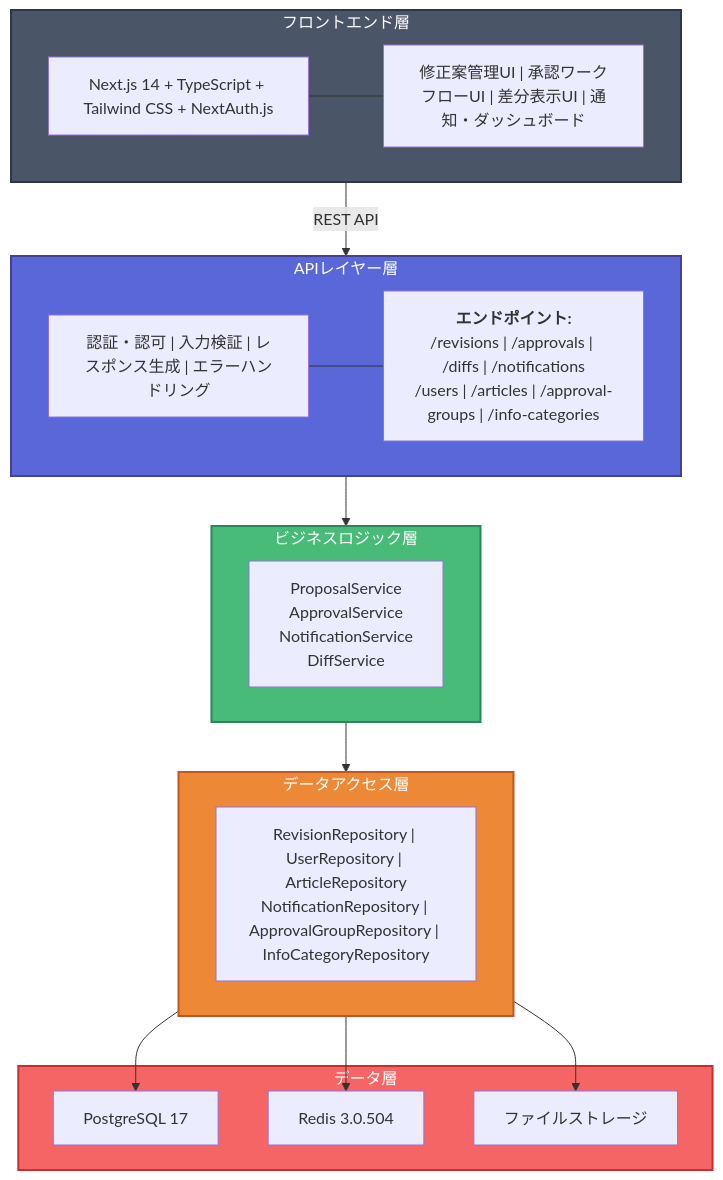
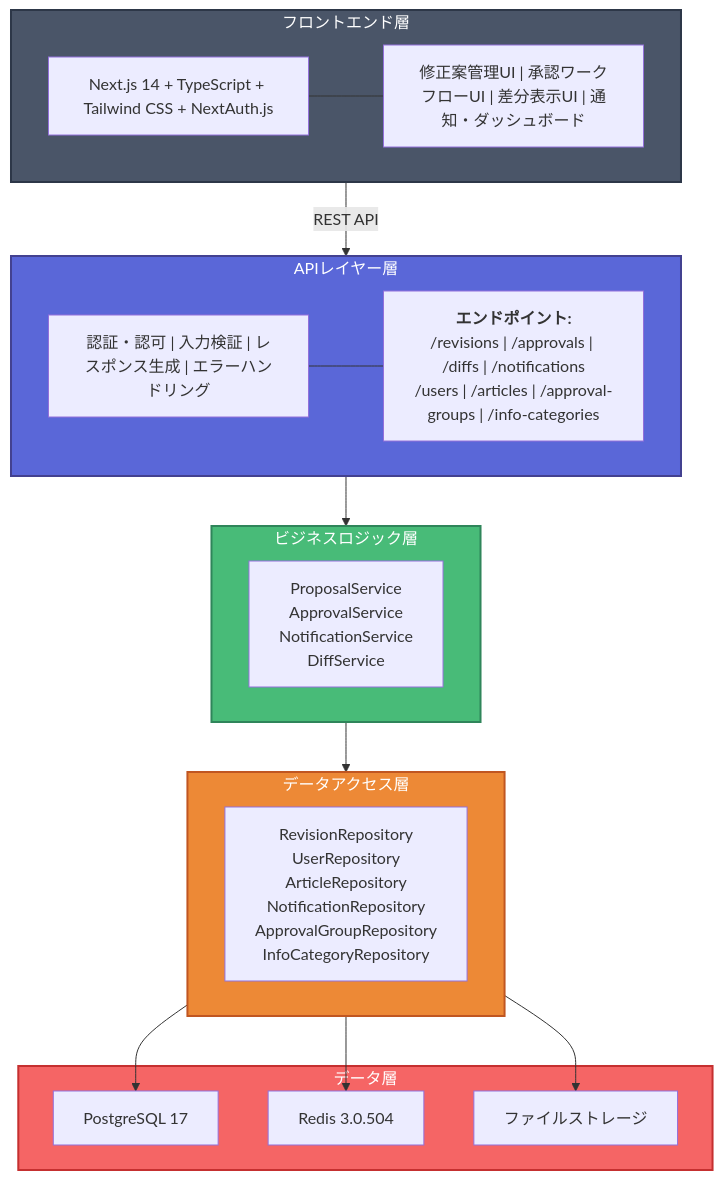
Before and after one commit to ekrsw/knowledge_app: the first of 2 diagrams in .tmp/design.md, drawn with Mermaid.

Commit message:
データアクセス層のリポジトリ表示を修正
- Repositoriesノードの文字が見切れる問題を解決
- 各リポジトリ名を縦に配置して視認性を向上

🤖 Generated with [Claude Code](https://claude.ai/code)

````diff
--- a/.tmp/design.md
+++ b/.tmp/design.md
@@ -7,54 +7,54 @@
 ```mermaid
 graph TB
     %% フロントエンド層
     subgraph Frontend["フロントエンド層"]
         UI_Framework["Next.js 14 + TypeScript + Tailwind CSS + NextAuth.js"]
         UI_Components["修正案管理UI | 承認ワークフローUI | 差分表示UI | 通知・ダッシュボード"]
         UI_Framework --- UI_Components
     end
 
     %% APIレイヤー層
     subgraph API["APIレイヤー層"]
         Auth["認証・認可 | 入力検証 | レスポンス生成 | エラーハンドリング"]
         Endpoints["<b>エンドポイント:</b><br/>/revisions | /approvals | /diffs | /notifications<br/>/users | /articles | /approval-groups | /info-categories"]
         Auth --- Endpoints
     end
 
     %% ビジネスロジック層
     subgraph Business["ビジネスロジック層"]
         Services["ProposalService<br/>ApprovalService<br/>NotificationService<br/>DiffService"]
     end
 
     %% データアクセス層
     subgraph DataAccess["データアクセス層"]
-        Repositories["RevisionRepository | UserRepository | ArticleRepository<br/>NotificationRepository | ApprovalGroupRepository | InfoCategoryRepository"]
+        Repositories["RevisionRepository<br/>UserRepository<br/>ArticleRepository<br/>NotificationRepository<br/>ApprovalGroupRepository<br/>InfoCategoryRepository"]
     end
 
     %% データ層
     subgraph Data["データ層"]
         PostgreSQL["PostgreSQL 17"]
         Redis["Redis 3.0.504"]
         FileStorage["ファイルストレージ"]
     end
 
     %% 接続
     Frontend -->|REST API| API
     API --> Business
     Business --> DataAccess
     DataAccess --> PostgreSQL
     DataAccess --> Redis
     DataAccess --> FileStorage
 
     %% スタイリング（濃いグレー背景に白文字）
     classDef frontendStyle fill:#4a5568,stroke:#2d3748,stroke-width:2px,color:#fff
     classDef apiStyle fill:#5a67d8,stroke:#434190,stroke-width:2px,color:#fff
     classDef businessStyle fill:#48bb78,stroke:#2f855a,stroke-width:2px,color:#fff
     classDef dataAccessStyle fill:#ed8936,stroke:#c05621,stroke-width:2px,color:#fff
     classDef dataStyle fill:#f56565,stroke:#c53030,stroke-width:2px,color:#fff
 
     class Frontend frontendStyle
     class API apiStyle
     class Business businessStyle
     class DataAccess dataAccessStyle
     class Data dataStyle
 ```
````
